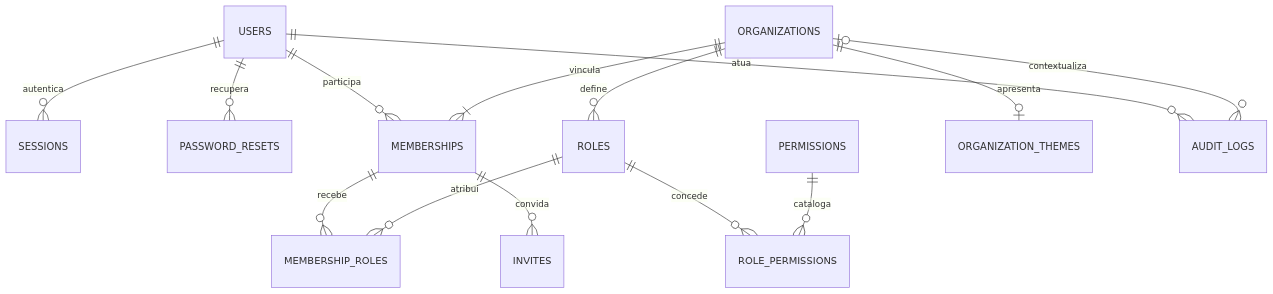
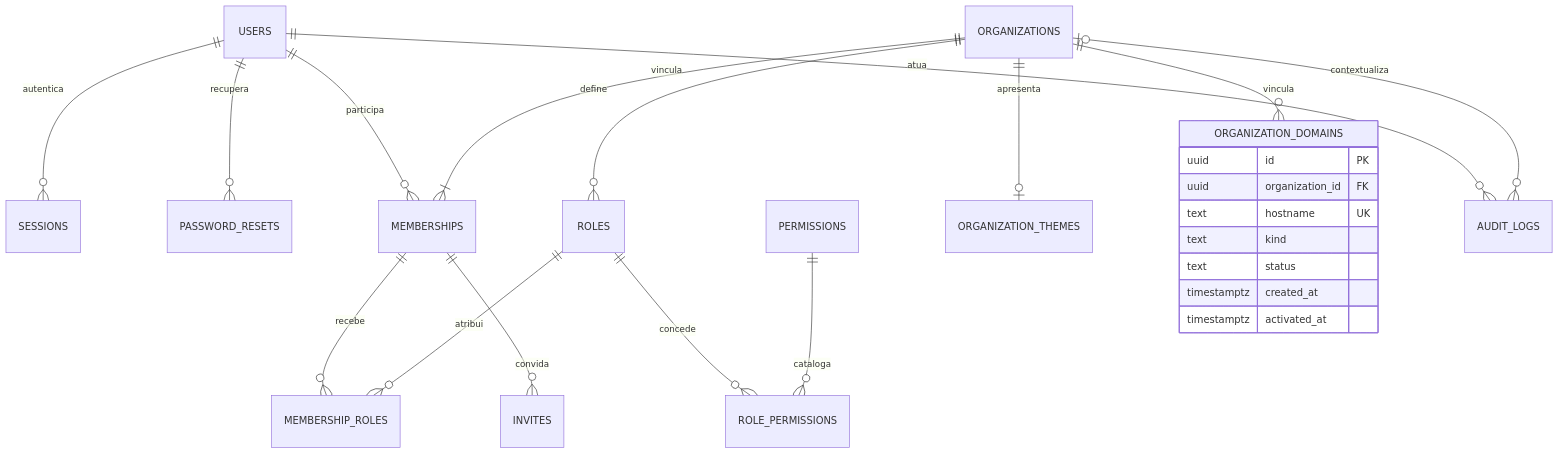
One commit to Alanls-mx/ArenaHub changed the first of 3 diagrams in docs/ERD.md. Above: the diagram before and after it, drawn with Mermaid. The commit also changed 29 other files, not shown here.

````diff
--- a/docs/ERD.md
+++ b/docs/ERD.md
@@ -9,16 +9,27 @@
 ```mermaid
 erDiagram
     USERS ||--o{ SESSIONS : autentica
     USERS ||--o{ PASSWORD_RESETS : recupera
     USERS ||--o{ MEMBERSHIPS : participa
     ORGANIZATIONS ||--|{ MEMBERSHIPS : vincula
     ORGANIZATIONS ||--o{ ROLES : define
     MEMBERSHIPS ||--o{ MEMBERSHIP_ROLES : recebe
     ROLES ||--o{ MEMBERSHIP_ROLES : atribui
     ROLES ||--o{ ROLE_PERMISSIONS : concede
     PERMISSIONS ||--o{ ROLE_PERMISSIONS : cataloga
     ORGANIZATIONS ||--o| ORGANIZATION_THEMES : apresenta
+    ORGANIZATIONS ||--o{ ORGANIZATION_DOMAINS : vincula
     MEMBERSHIPS ||--o{ INVITES : convida
     USERS ||--o{ AUDIT_LOGS : atua
     ORGANIZATIONS o|--o{ AUDIT_LOGS : contextualiza
+
+    ORGANIZATION_DOMAINS {
+      uuid id PK
+      uuid organization_id FK
+      text hostname UK
+      text kind
+      text status
+      timestamptz created_at
+      timestamptz activated_at
+    }
 ```
````
